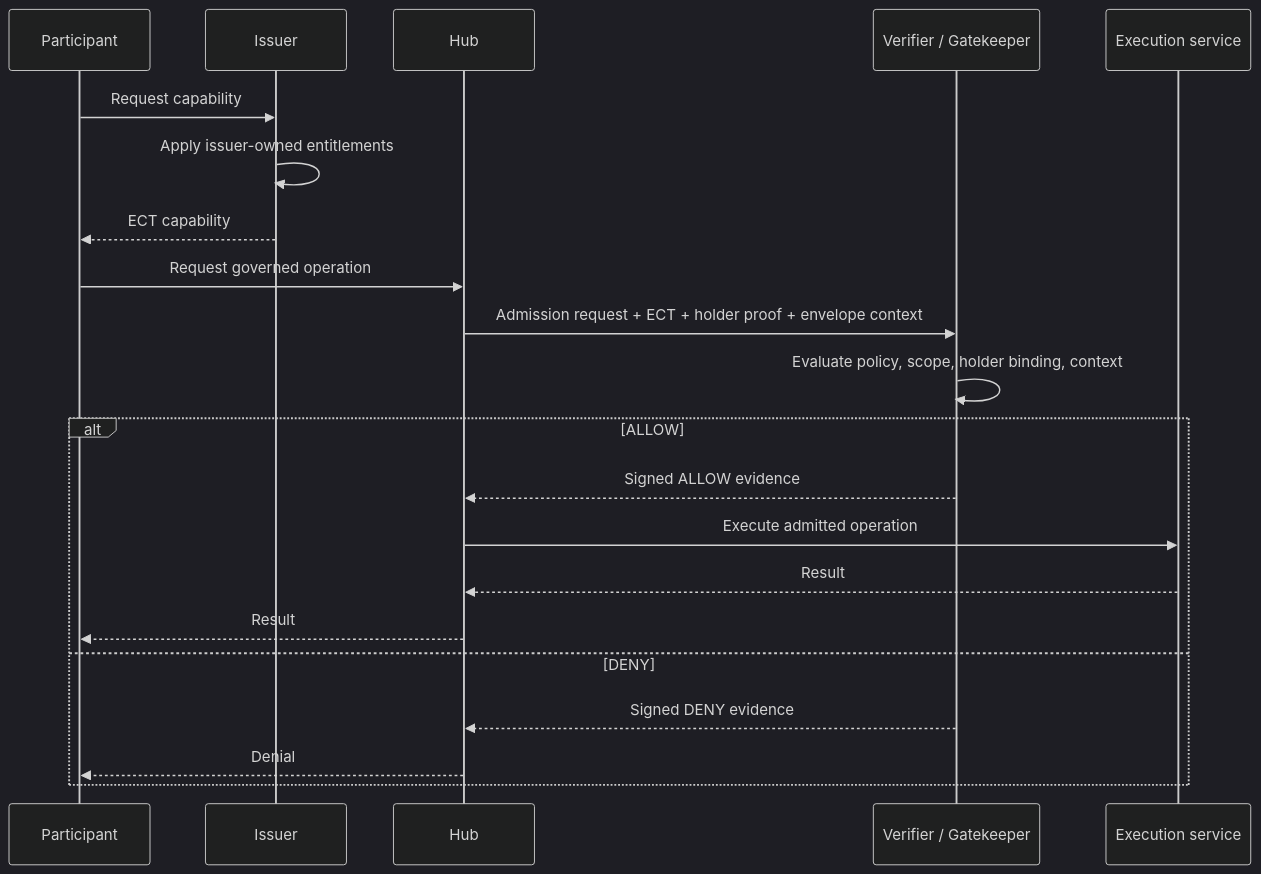
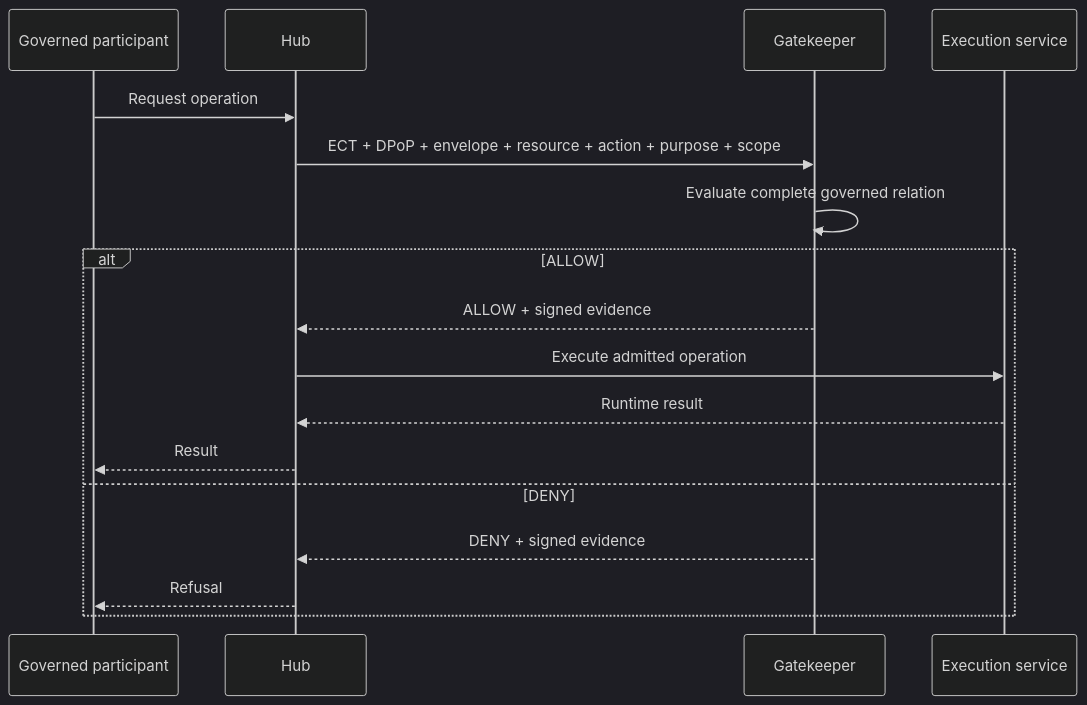
The eighth of 16 diagrams in doc/ARCHITECTURE.md (onzelf/openhealth-cdi), drawn with Mermaid (dark theme) before and after one commit. The commit also changed other lines of this file and 1 other file, not shown here.

````diff
--- a/doc/ARCHITECTURE.md
+++ b/doc/ARCHITECTURE.md
@@ -887,26 +252,21 @@
 ```mermaid
 sequenceDiagram
-    participant P as Participant
-    participant I as Issuer
+    participant P as Governed participant
     participant H as Hub
-    participant V as Verifier / Gatekeeper
+    participant G as Gatekeeper
     participant X as Execution service
 
-    P->>I: Request capability
-    I->>I: Apply issuer-owned entitlements
-    I-->>P: ECT capability
-
-    P->>H: Request governed operation
-    H->>V: Admission request + ECT + holder proof + envelope context
-    V->>V: Evaluate policy, scope, holder binding, context
+    P->>H: Request operation
+    H->>G: ECT + DPoP + envelope + resource + action + purpose + scope
+    G->>G: Evaluate complete governed relation
 
     alt ALLOW
-        V-->>H: Signed ALLOW evidence
+        G-->>H: ALLOW + signed evidence
         H->>X: Execute admitted operation
-        X-->>H: Result
+        X-->>H: Runtime result
         H-->>P: Result
     else DENY
-        V-->>H: Signed DENY evidence
-        H-->>P: Denial
+        G-->>H: DENY + signed evidence
+        H-->>P: Refusal
     end
 ```
````
